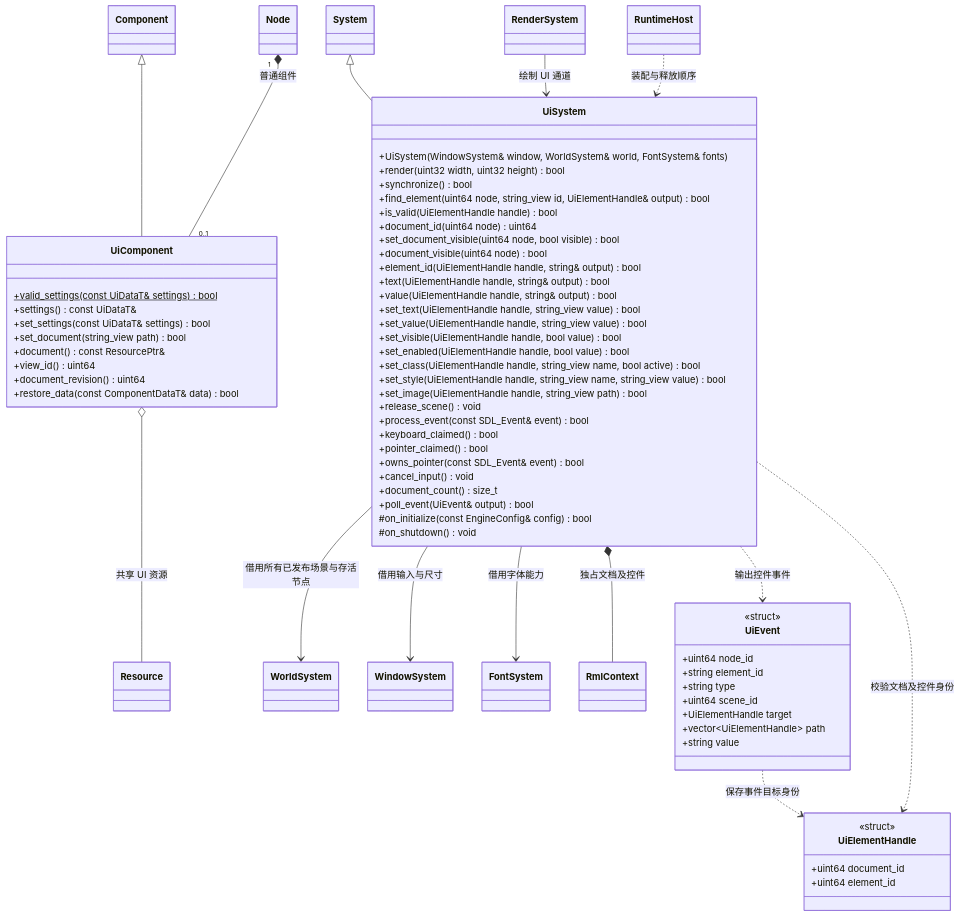
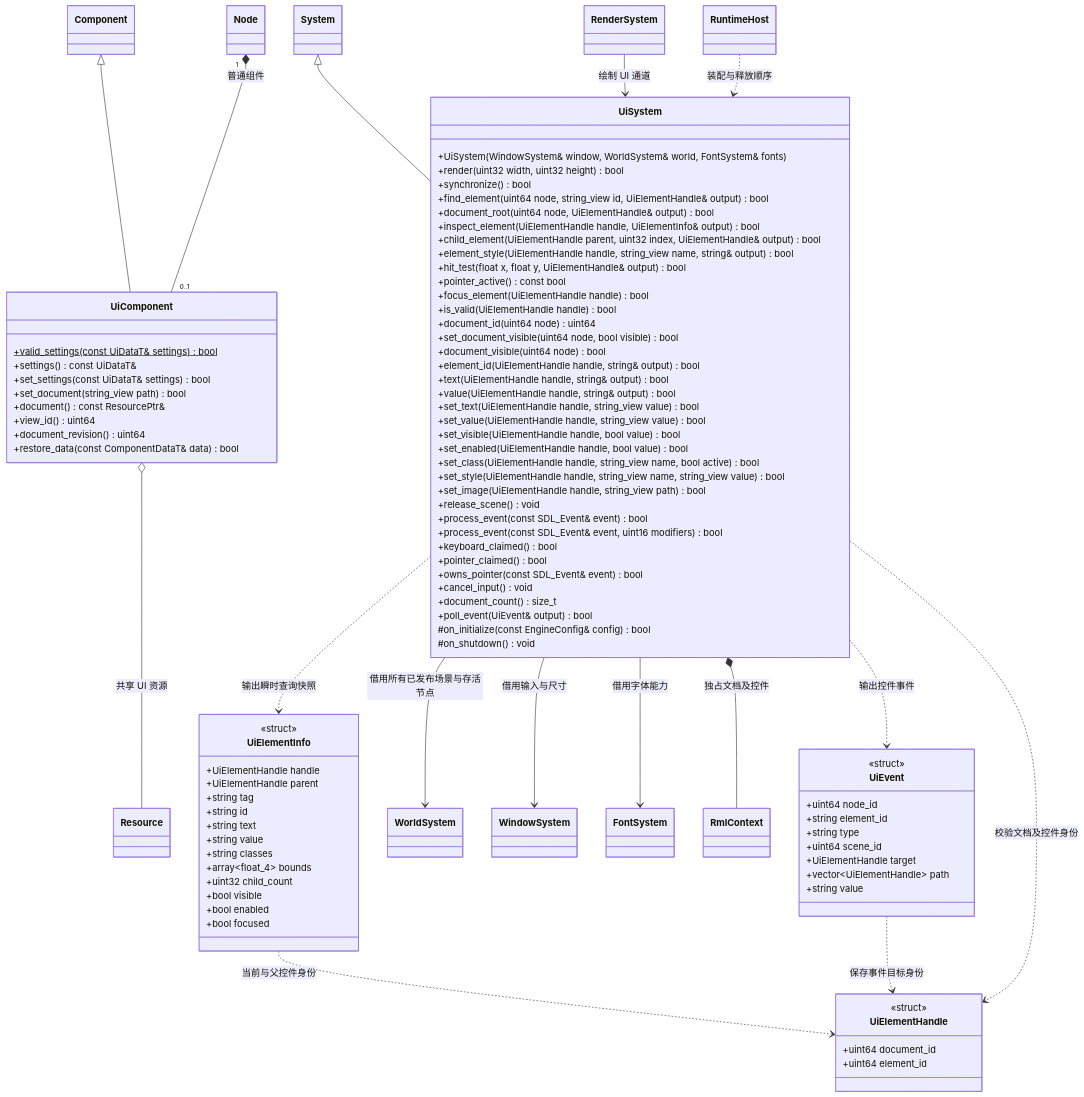
Before and after one commit to lcals/Engine: the diagram in docs/runtime/class-diagrams/ui-system.md, drawn with Mermaid. The commit also changed other lines of this file and 305 other files, not shown here.

```diff
--- a/docs/runtime/class-diagrams/ui-system.md
+++ b/docs/runtime/class-diagrams/ui-system.md
@@ -22,6 +22,13 @@
         +render(uint32 width, uint32 height) bool
         +synchronize() bool
         +find_element(uint64 node, string_view id, UiElementHandle& output) bool
+        +document_root(uint64 node, UiElementHandle& output) bool
+        +inspect_element(UiElementHandle handle, UiElementInfo& output) bool
+        +child_element(UiElementHandle parent, uint32 index, UiElementHandle& output) bool
+        +element_style(UiElementHandle handle, string_view name, string& output) bool
+        +hit_test(float x, float y, UiElementHandle& output) bool
+        +pointer_active() const bool
+        +focus_element(UiElementHandle handle) bool
         +is_valid(UiElementHandle handle) bool
         +document_id(uint64 node) uint64
         +set_document_visible(uint64 node, bool visible) bool
@@ -38,6 +45,7 @@
         +set_image(UiElementHandle handle, string_view path) bool
         +release_scene() void
         +process_event(const SDL_Event& event) bool
+        +process_event(const SDL_Event& event, uint16 modifiers) bool
         +keyboard_claimed() bool
         +pointer_claimed() bool
         +owns_pointer(const SDL_Event& event) bool
@@ -62,6 +70,23 @@
         +uint64 document_id
         +uint64 element_id
     }
+    class UiElementInfo {
+        <<struct>>
+        +UiElementHandle handle
+        +UiElementHandle parent
+        +string tag
+        +string id
+        +string text
+        +string value
+        +string classes
+        +array~float_4~ bounds
+        +uint32 child_count
+        +bool visible
+        +bool enabled
+        +bool focused
+    }
+    UiSystem ..> UiElementInfo : 输出瞬时查询快照
+    UiElementInfo ..> UiElementHandle : 当前与父控件身份
     System <|-- UiSystem
     Component <|-- UiComponent
     Node "1" *-- "0..1" UiComponent : 普通组件
```
